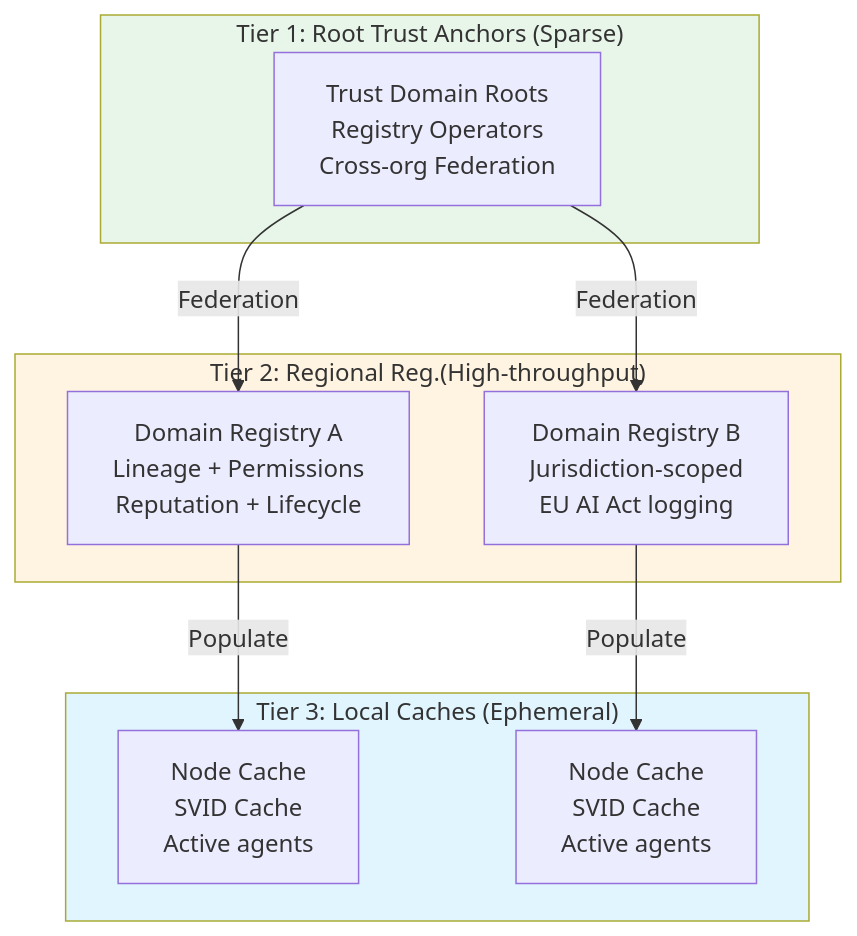
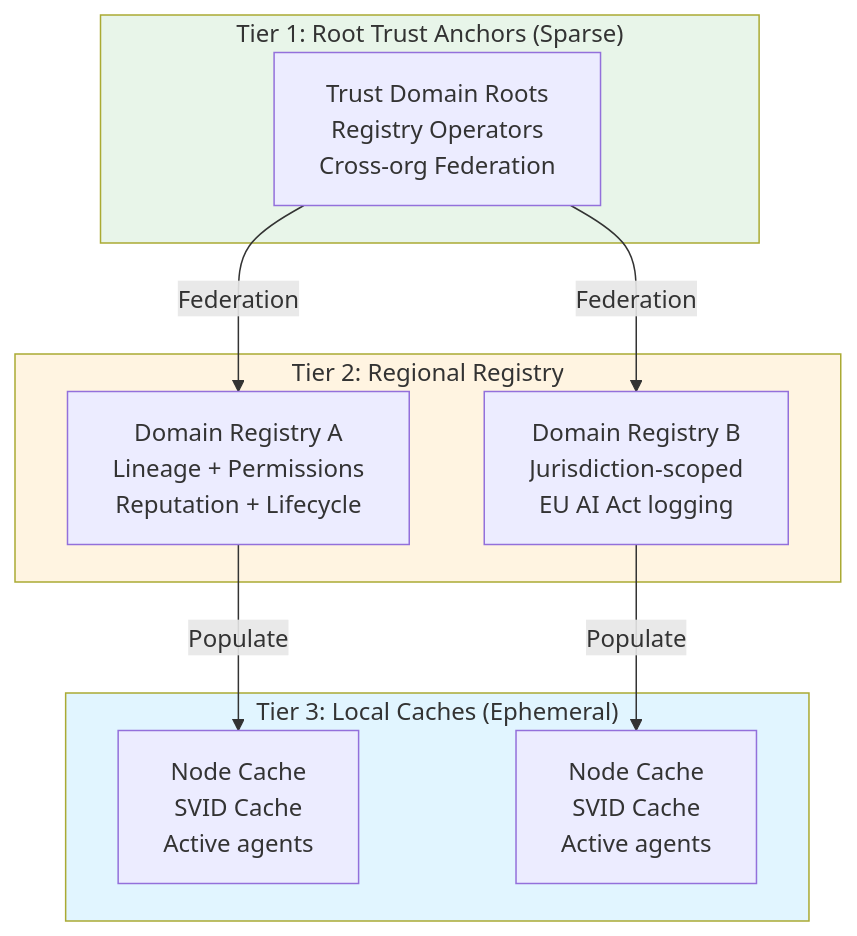
One commit to MihaiCiprianChezan/Agentic-Global-Identity-Layer changed the first of 2 diagrams in README.md. Above: the diagram before and after it, drawn with Mermaid.

Commit message:
Revise README to update Tier 2 subgraph label for clarity

````diff
--- a/README.md
+++ b/README.md
@@ -161,25 +161,25 @@
 ```mermaid
 graph TB
     subgraph T1["Tier 1: Root Trust Anchors (Sparse)"]
         Root["Trust Domain Roots<br/>Registry Operators<br/>Cross-org Federation"]
     end
     
-    subgraph T2["Tier 2: Regional Reg.(High-throughput)"]
+    subgraph T2["Tier 2: Regional Registry"]
         Reg1["Domain Registry A<br/>Lineage + Permissions<br/>Reputation + Lifecycle"]
         Reg2["Domain Registry B<br/>Jurisdiction-scoped<br/>EU AI Act logging"]
     end
     
     subgraph T3["Tier 3: Local Caches (Ephemeral)"]
         Cache1["Node Cache<br/>SVID Cache<br/>Active agents"]
         Cache2["Node Cache<br/>SVID Cache<br/>Active agents"]
     end
     
     Root -->|Federation| Reg1
     Root -->|Federation| Reg2
     Reg1 -->|Populate| Cache1
     Reg2 -->|Populate| Cache2
     
     style T1 fill:#e8f5e9
     style T2 fill:#fff4e1
     style T3 fill:#e1f5ff
 ```
````
